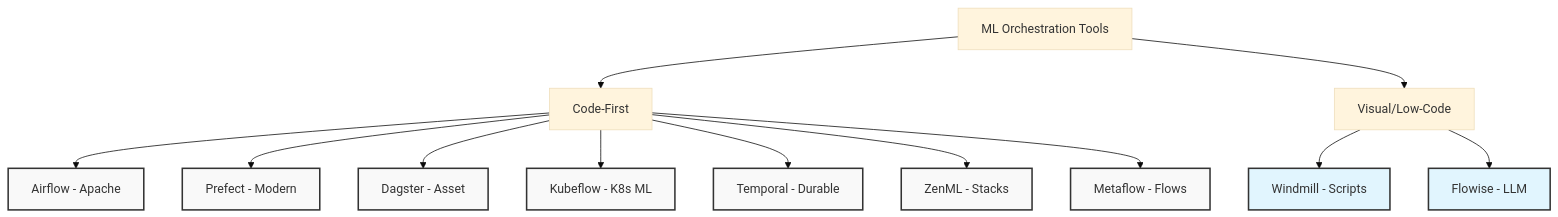
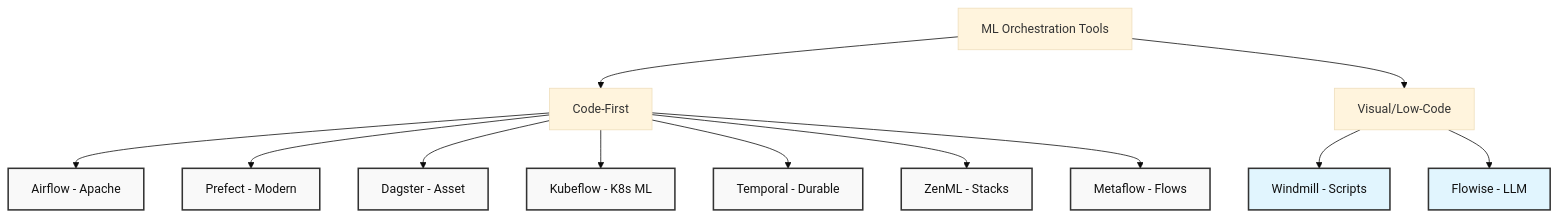
Before and after one commit to kube-dojo/kube-dojo.github.io: the first of 6 diagrams in src/content/docs/ai-ml-engineering/mlops/module-1.8-ml-pipelines.md, drawn with Mermaid (base theme). The commit also changed 18 other files, not shown here.

Commit message:
docs: set readable Mermaid foreground colors (#3442)

````diff
--- a/src/content/docs/ai-ml-engineering/mlops/module-1.8-ml-pipelines.md
+++ b/src/content/docs/ai-ml-engineering/mlops/module-1.8-ml-pipelines.md
@@ -204,19 +204,19 @@
 ```mermaid
 graph TD
-    classDef code fill:#f9f9f9,stroke:#333,stroke-width:2px;
-    classDef visual fill:#e1f5fe,stroke:#333,stroke-width:2px;
+    classDef code fill:#f9f9f9,color:#111,stroke:#333,stroke-width:2px;
+    classDef visual fill:#e1f5fe,color:#111,stroke:#333,stroke-width:2px;
 
     Tools[ML Orchestration Tools] --> CodeFirst[Code-First]
     Tools --> VisualLowCode[Visual/Low-Code]
 
     CodeFirst --> Airflow[Airflow - Apache]:::code
     CodeFirst --> Prefect[Prefect - Modern]:::code
     CodeFirst --> Dagster[Dagster - Asset]:::code
     CodeFirst --> Kubeflow[Kubeflow - K8s ML]:::code
     CodeFirst --> Temporal[Temporal - Durable]:::code
     CodeFirst --> ZenML[ZenML - Stacks]:::code
     CodeFirst --> Metaflow[Metaflow - Flows]:::code
 
     VisualLowCode --> Windmill[Windmill - Scripts]:::visual
     VisualLowCode --> Flowise[Flowise - LLM]:::visual
 ```
````
